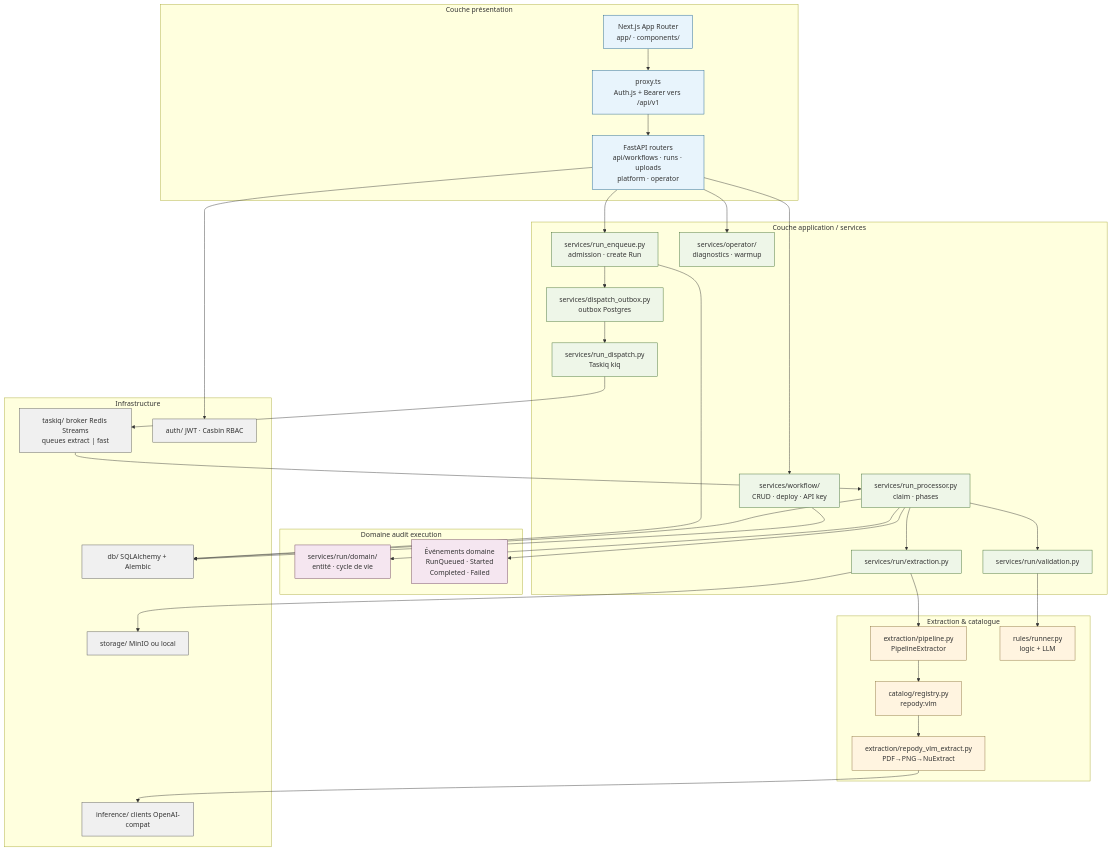
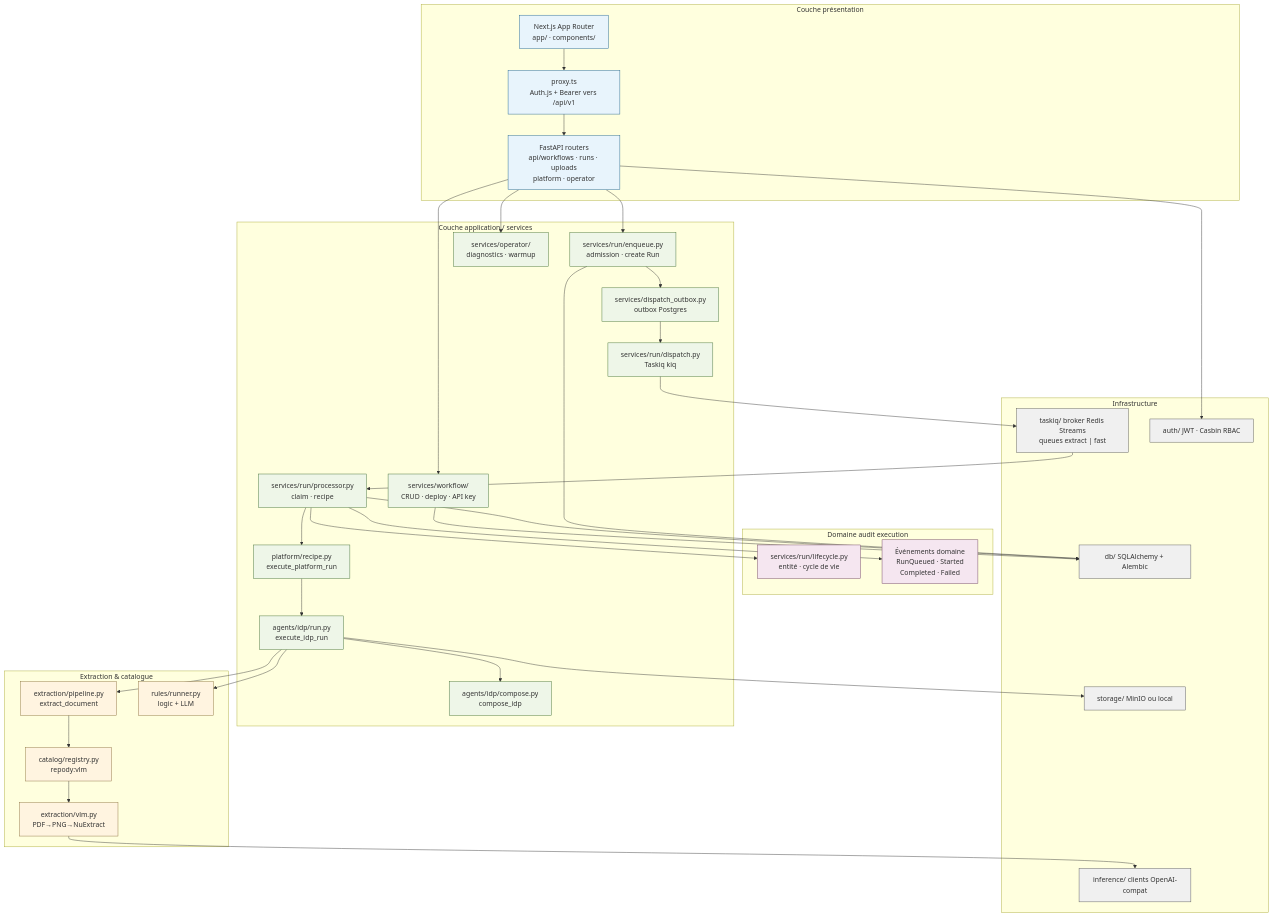
Before and after one commit to MehdiGououiad/repody: the diagram in docs/diagrams/architecture-backend-couches.mmd, drawn with Mermaid. The commit also changed 471 other files, not shown here.

First line of the commit message:
feat: staged three-agent platform with flat run lifecycle

```diff
--- a/docs/diagrams/architecture-backend-couches.mmd
+++ b/docs/diagrams/architecture-backend-couches.mmd
@@ -1,68 +1,70 @@
 %% Couches backend + contextes bornés Repody
 %% Éditable : Mermaid flowchart
 %% Doc : CONTEXT.md · docs/BACKEND.md · ADR 003
 
 flowchart TB
   subgraph Presentation["Couche présentation"]
     Next["Next.js App Router<br/>app/ · components/"]
     Proxy["proxy.ts<br/>Auth.js + Bearer vers /api/v1"]
     APIRouters["FastAPI routers<br/>api/workflows · runs · uploads<br/>platform · operator"]
   end
 
   subgraph Application["Couche application / services"]
     WFSvc["services/workflow/<br/>CRUD · deploy · API key"]
-    RunEnq["services/run_enqueue.py<br/>admission · create Run"]
+    RunEnq["services/run/enqueue.py<br/>admission · create Run"]
     Outbox["services/dispatch_outbox.py<br/>outbox Postgres"]
-    Dispatch["services/run_dispatch.py<br/>Taskiq kiq"]
-    RunProc["services/run_processor.py<br/>claim · phases"]
-    RunExt["services/run/extraction.py"]
-    RunVal["services/run/validation.py"]
+    Dispatch["services/run/dispatch.py<br/>Taskiq kiq"]
+    RunProc["services/run/processor.py<br/>claim · recipe"]
+    PlatformOrch["platform/recipe.py<br/>execute_platform_run"]
+    IdpRun["agents/idp/run.py<br/>execute_idp_run"]
+    IdpCompose["agents/idp/compose.py<br/>compose_idp"]
     OpSvc["services/operator/<br/>diagnostics · warmup"]
   end
 
   subgraph Domaine["Domaine audit execution"]
-    Domain["services/run/domain/<br/>entité · cycle de vie"]
+    Domain["services/run/lifecycle.py<br/>entité · cycle de vie"]
     Events["Événements domaine<br/>RunQueued · Started<br/>Completed · Failed"]
   end
 
   subgraph Extraction["Extraction & catalogue"]
-    Pipe["extraction/pipeline.py<br/>PipelineExtractor"]
+    Pipe["extraction/pipeline.py<br/>extract_document"]
     Catalog["catalog/registry.py<br/>repody:vlm"]
-    VLM["extraction/repody_vlm_extract.py<br/>PDF→PNG→NuExtract"]
+    VLM["extraction/vlm.py<br/>PDF→PNG→NuExtract"]
     Rules["rules/runner.py<br/>logic + LLM"]
   end
 
   subgraph Infra["Infrastructure"]
     DB["db/ SQLAlchemy + Alembic"]
     Storage["storage/ MinIO ou local"]
     Taskiq["taskiq/ broker Redis Streams<br/>queues extract | fast"]
     InfClient["inference/ clients OpenAI-compat"]
     Auth["auth/ JWT · Casbin RBAC"]
   end
 
   Next --> Proxy --> APIRouters
   APIRouters --> WFSvc
   APIRouters --> RunEnq
   APIRouters --> Auth
   RunEnq --> Outbox --> Dispatch --> Taskiq
   Taskiq --> RunProc
   RunProc --> Domain
-  RunProc --> RunExt --> Pipe --> Catalog --> VLM --> InfClient
-  RunProc --> RunVal --> Rules
+  RunProc --> PlatformOrch --> IdpRun --> IdpCompose
+  IdpRun --> Pipe --> Catalog --> VLM --> InfClient
+  IdpRun --> Rules
   RunProc --> Events
-  RunExt --> Storage
+  IdpRun --> Storage
   RunEnq --> DB
   RunProc --> DB
   WFSvc --> DB
   APIRouters --> OpSvc
 
   classDef ui fill:#e8f4fc,stroke:#1a5f8a
   classDef svc fill:#eef6e8,stroke:#3d6b2f
   classDef dom fill:#f5e6f0,stroke:#6b3d5a
   classDef ext fill:#fff4e0,stroke:#8a6d3b
   classDef inf fill:#f0f0f0,stroke:#555
   class Next,Proxy,APIRouters ui
-  class WFSvc,RunEnq,Outbox,Dispatch,RunProc,RunExt,RunVal,OpSvc svc
+  class WFSvc,RunEnq,Outbox,Dispatch,RunProc,PlatformOrch,IdpRun,IdpCompose,OpSvc svc
   class Domain,Events dom
   class Pipe,Catalog,VLM,Rules ext
   class DB,Storage,Taskiq,InfClient,Auth inf
```
